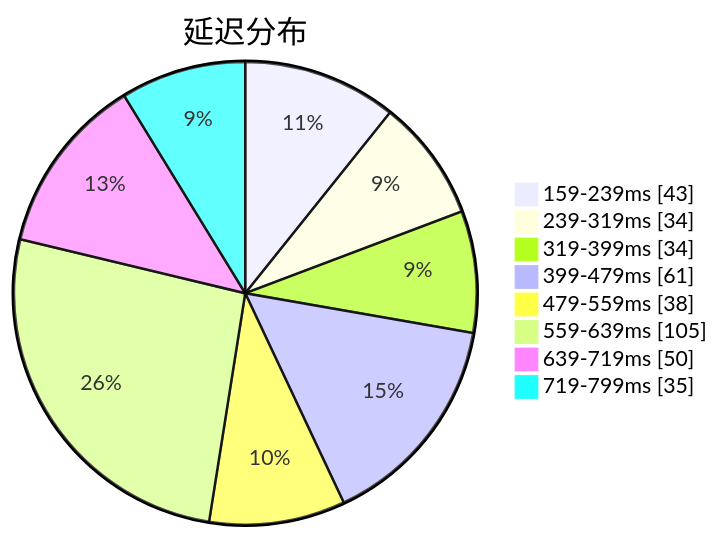
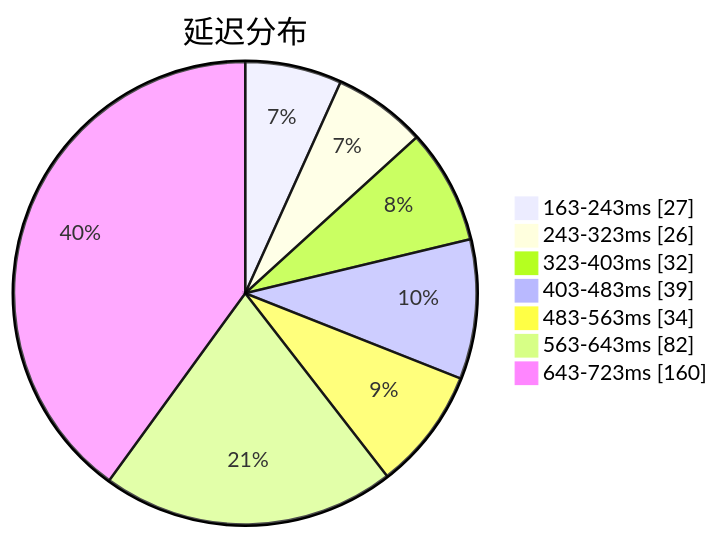
One commit to qjlxg/airport changed the first of 3 diagrams in subs/statistics/tested_within.md. Above: the diagram before and after it, drawn with Mermaid. The commit also changed other lines of this file and 2 other files, not shown here.

````diff
--- a/subs/statistics/tested_within.md
+++ b/subs/statistics/tested_within.md
@@ -2,12 +2,11 @@
 ```mermaid
 pie showData
 title 延迟分布
-"159-239ms" : 43
-"239-319ms" : 34
-"319-399ms" : 34
-"399-479ms" : 61
-"479-559ms" : 38
-"559-639ms" : 105
-"639-719ms" : 50
-"719-799ms" : 35
+"163-243ms" : 27
+"243-323ms" : 26
+"323-403ms" : 32
+"403-483ms" : 39
+"483-563ms" : 34
+"563-643ms" : 82
+"643-723ms" : 160
 ```
````
